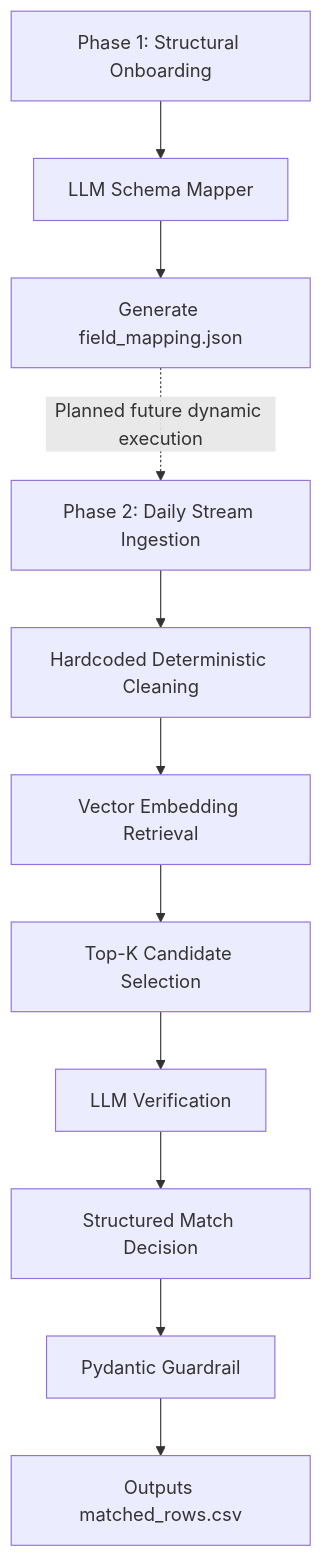
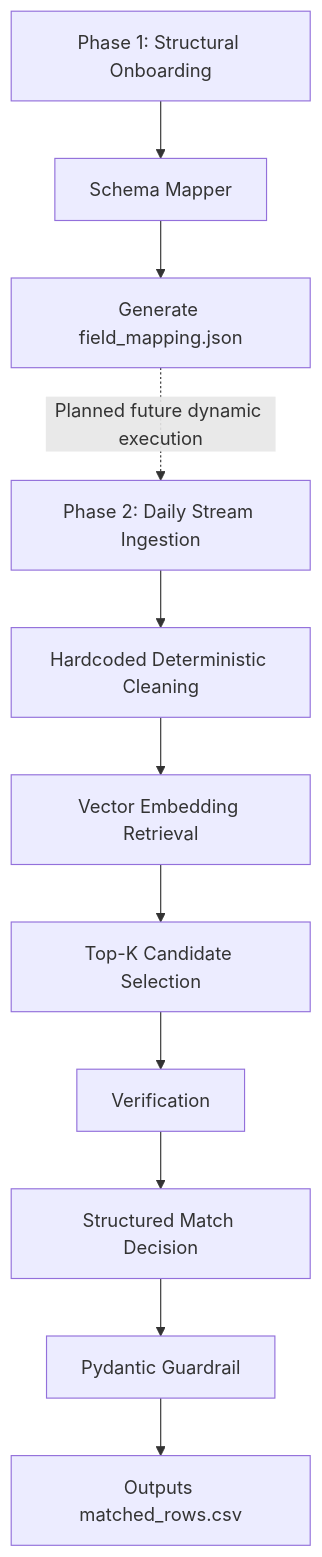
The diagram in README.md (chawitzoon/data-processing-exercise), drawn with Mermaid before and after one commit. The commit also changed other lines of this file, not shown here.

````diff
--- a/README.md
+++ b/README.md
@@ -78,17 +78,17 @@
 ```mermaid
 flowchart TD
-    A[Phase 1: Structural Onboarding] --> B[LLM Schema Mapper]
+    A[Phase 1: Structural Onboarding] --> B[ Schema Mapper]
     B --> C[Generate field_mapping.json]
 
     C -. Planned future dynamic execution .-> D[Phase 2: Daily Stream Ingestion]
 
     D --> E[Hardcoded Deterministic Cleaning]
     E --> F[Vector Embedding Retrieval]
     F --> G[Top-K Candidate Selection]
 
-    G --> H[LLM Verification]
+    G --> H[ Verification]
     H --> I[Structured Match Decision]
 
     I --> J[Pydantic Guardrail]
     J --> K[Outputs matched_rows.csv]
 ```
````
